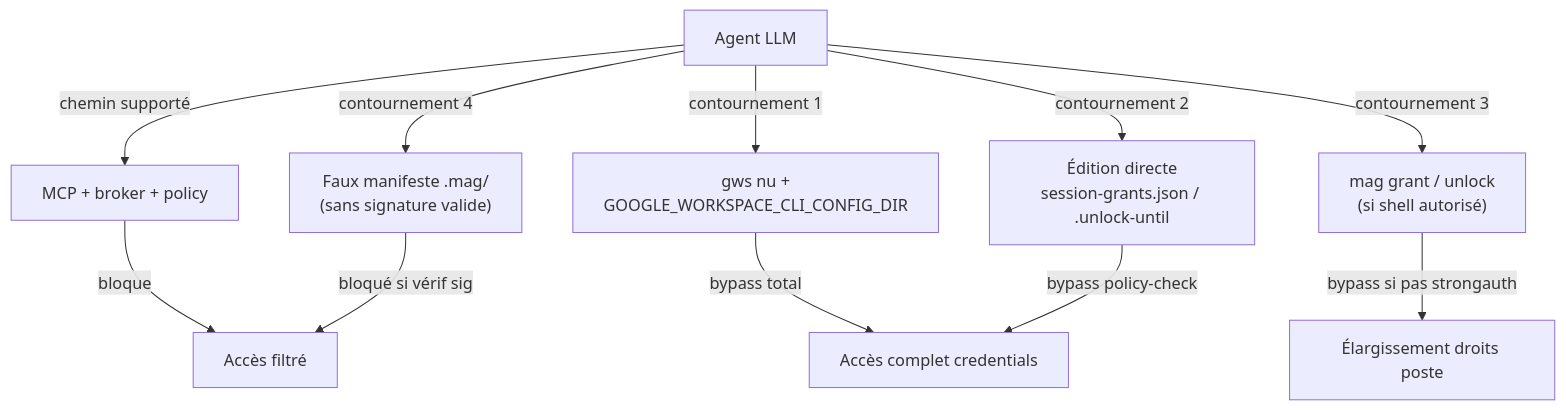
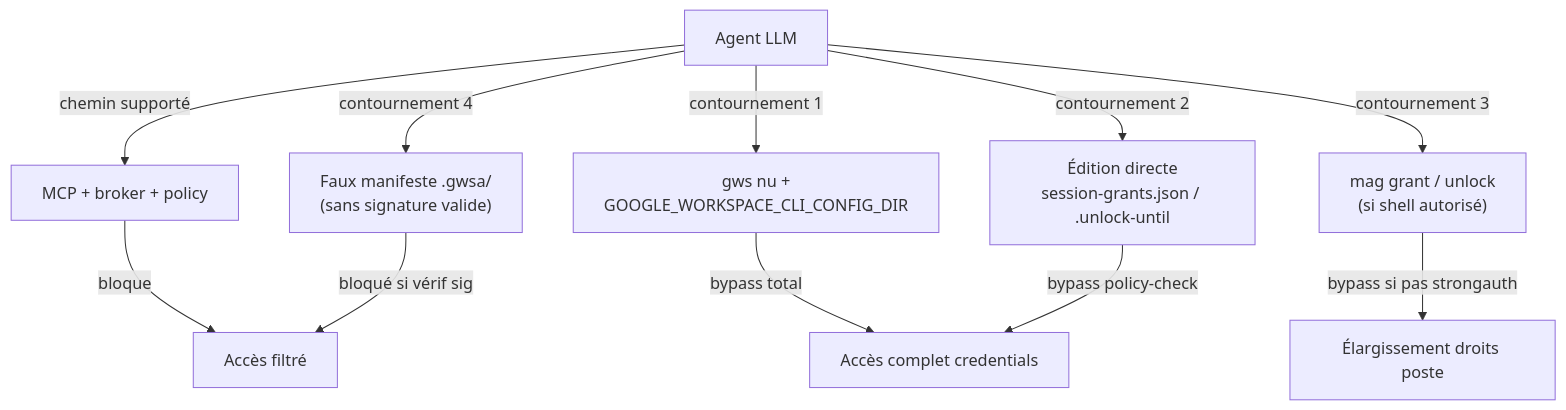
The fifth of 7 diagrams in features/0045-capacites-projet-signees.md (elzinko/google-mcp-multi-account), drawn with Mermaid before and after one commit. The commit also changed other lines of this file and 11 other files, not shown here.

````diff
--- a/features/0045-capacites-projet-signees.md
+++ b/features/0045-capacites-projet-signees.md
@@ -480,16 +480,16 @@
 ```mermaid
 flowchart TB
   LLM[Agent LLM]
 
   LLM -->|chemin supporté| MCP[MCP + broker + policy]
   LLM -->|contournement 1| GWSNU["gws nu +\nGOOGLE_WORKSPACE_CLI_CONFIG_DIR"]
   LLM -->|contournement 2| EDIT["Édition directe\nsession-grants.json / .unlock-until"]
   LLM -->|contournement 3| GWSA["mag grant / unlock\n(si shell autorisé)"]
-  LLM -->|contournement 4| FORGE["Faux manifeste .mag/\n(sans signature valide)"]
+  LLM -->|contournement 4| FORGE["Faux manifeste .gwsa/\n(sans signature valide)"]
 
   MCP -->|bloque| OK[Accès filtré]
   GWSNU -->|bypass total| FULL[Accès complet credentials]
   EDIT -->|bypass policy-check| FULL
   GWSA -->|bypass si pas strongauth| PART[Élargissement droits poste]
   FORGE -->|bloqué si vérif sig| OK
 ```
````
